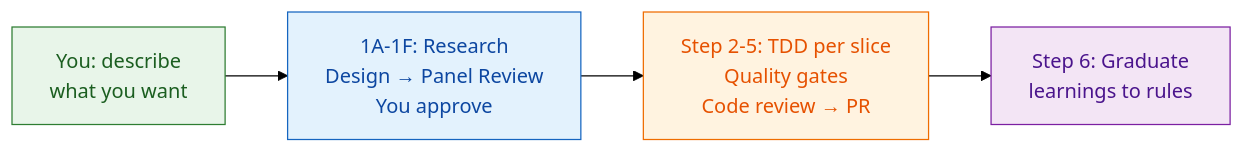
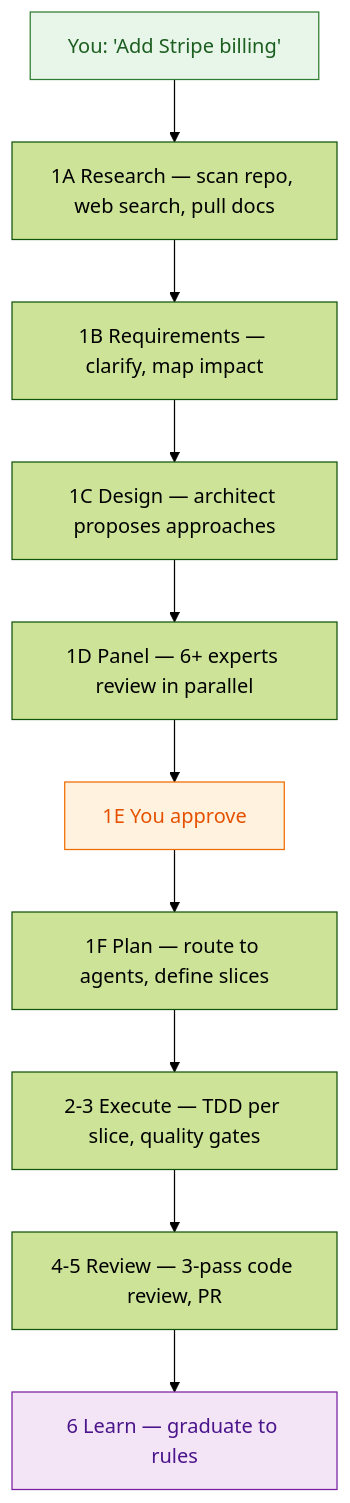
The diagram in README.md (multiplex-ai/muggle-ai-teams), drawn with Mermaid (forest theme) before and after one commit. The commit also changed other lines of this file, not shown here.

Commit message:
fix(readme): TD Mermaid diagram with 10 steps
Replace LR 4-node diagram with TD 10-node diagram showing each
workflow step. Compact labels, 3 color-coded moments (start,
approve, learn).

````diff
--- a/README.md
+++ b/README.md
@@ -88,12 +88,16 @@
 ```mermaid
-flowchart LR
-    You["You: describe\nwhat you want"] --> Design
-    Design["1A-1F: Research\nDesign → Panel Review\nYou approve"] --> Build
-    Build["Step 2-5: TDD per slice\nQuality gates\nCode review → PR"] --> Learn
-    Learn["Step 6: Graduate\nlearnings to rules"]
+flowchart TD
+    A["You: 'Add Stripe billing'"] --> B["1A Research — scan repo, web search, pull docs"]
+    B --> C["1B Requirements — clarify, map impact"]
+    C --> D["1C Design — architect proposes approaches"]
+    D --> E["1D Panel — 6+ experts review in parallel"]
+    E --> F["1E You approve"]
+    F --> G["1F Plan — route to agents, define slices"]
+    G --> H["2-3 Execute — TDD per slice, quality gates"]
+    H --> I["4-5 Review — 3-pass code review, PR"]
+    I --> J["6 Learn — graduate to rules"]
 
-    style You fill:#e8f5e9,stroke:#2e7d32,color:#1b5e20
-    style Design fill:#e3f2fd,stroke:#1565c0,color:#0d47a1
-    style Build fill:#fff3e0,stroke:#ef6c00,color:#e65100
-    style Learn fill:#f3e5f5,stroke:#7b1fa2,color:#4a148c
+    style A fill:#e8f5e9,stroke:#2e7d32,color:#1b5e20
+    style F fill:#fff3e0,stroke:#ef6c00,color:#e65100
+    style J fill:#f3e5f5,stroke:#7b1fa2,color:#4a148c
 ```
````
